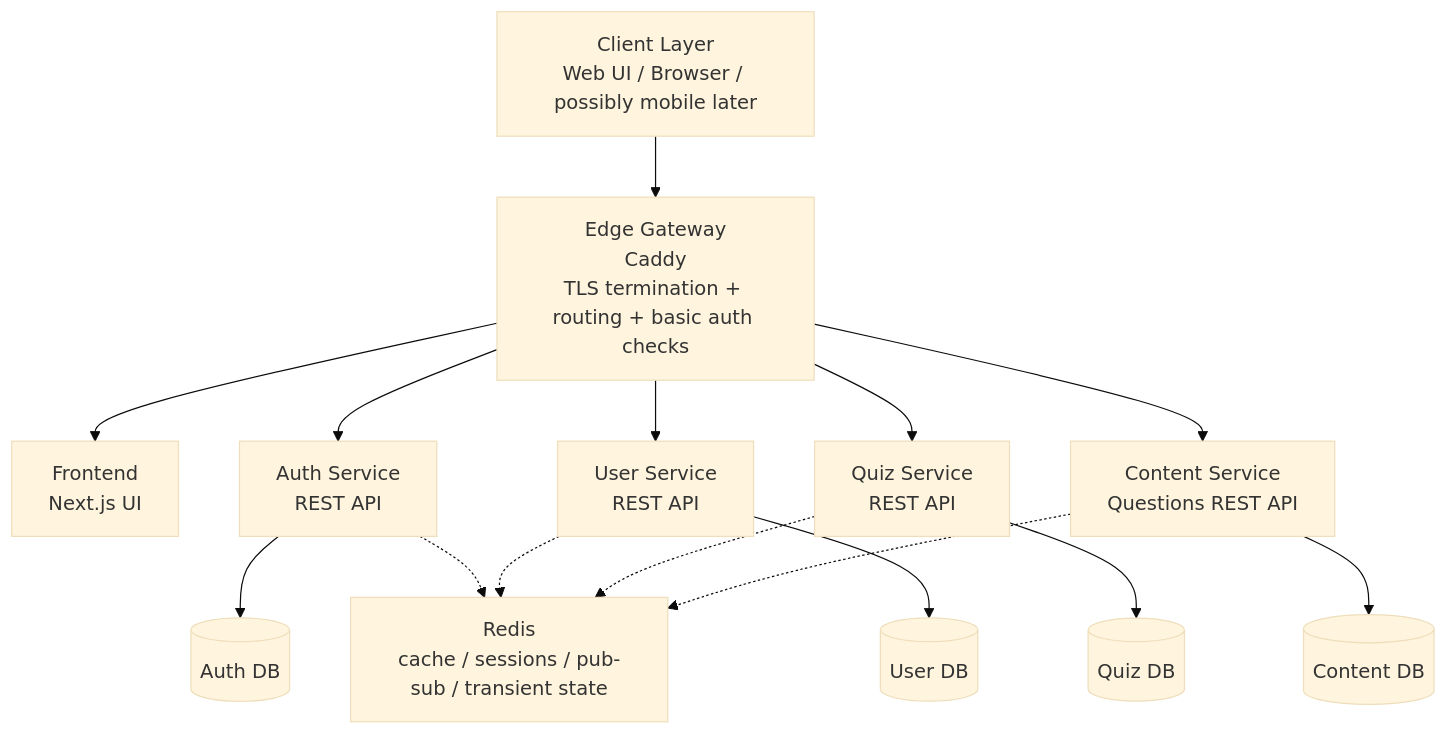
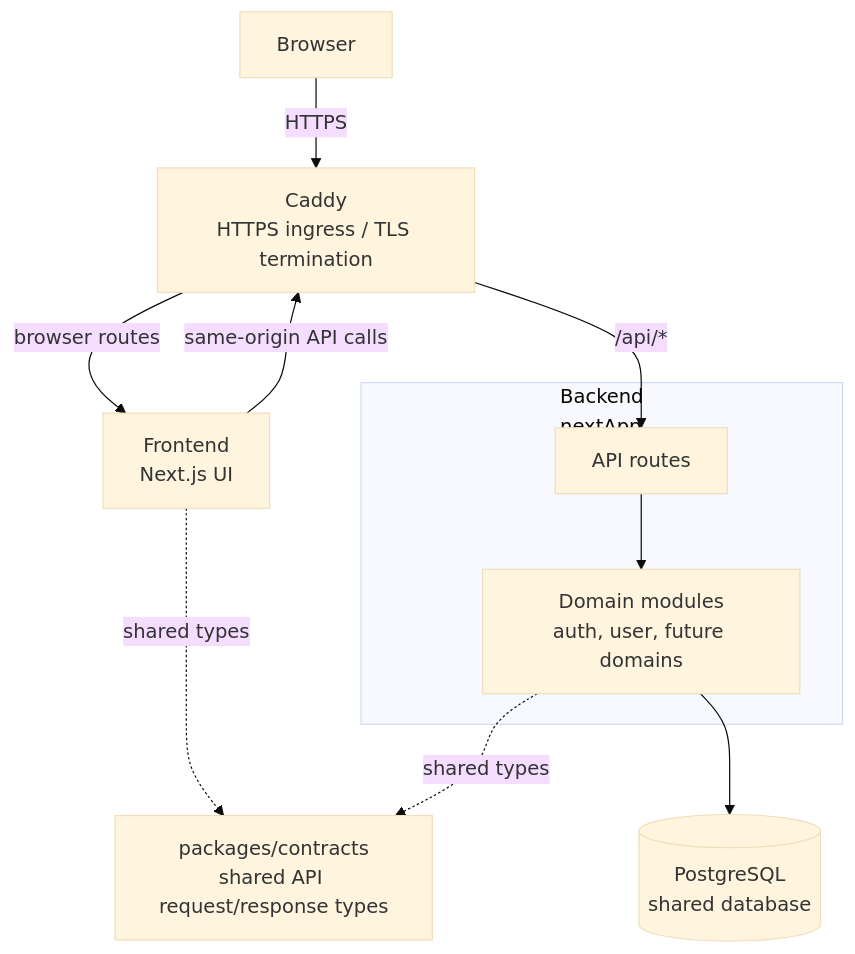
One commit to Nic-Vladimir/ft_transcendence changed the first of 2 diagrams in docs/architecture-overview.md. Above: the diagram before and after it, drawn with Mermaid (base theme). The commit also changed other lines of this file, not shown here.

````diff
--- a/docs/architecture-overview.md
+++ b/docs/architecture-overview.md
@@ -178,38 +347,24 @@
 ```mermaid
 flowchart TB
-    Client["Client Layer\nWeb UI / Browser / possibly mobile later"]
-
-    Gateway["Edge Gateway\nCaddy\nTLS termination + routing + basic auth checks"]
+    Browser[Browser]
+    Caddy["Caddy\nHTTPS ingress / TLS termination"]
 
     Frontend["Frontend\nNext.js UI"]
-    AuthSvc["Auth Service\nREST API"]
-    UserSvc["User Service\nREST API"]
-    QuizSvc["Quiz Service\nREST API"]
-    ContentSvc["Content Service\nQuestions REST API"]
 
-    AuthDB[("Auth DB")]
-    UserDB[("User DB")]
-    QuizDB[("Quiz DB")]
-    ContentDB[("Content DB")]
+    subgraph Backend["Backend\nnextApp"]
+        Api["API routes"]
+        Modules["Domain modules\nauth, user, future domains"]
+    end
 
-    Redis["Redis\ncache / sessions / pub-sub / transient state"]
+    Contracts["packages/contracts\nshared API request/response types"]
+    Postgres[("PostgreSQL\nshared database")]
 
-    Client --> Gateway
-
-    Gateway --> Frontend
-    Gateway --> AuthSvc
-    Gateway --> UserSvc
-    Gateway --> QuizSvc
-    Gateway --> ContentSvc
-
-    AuthSvc --> AuthDB
-    UserSvc --> UserDB
-    QuizSvc --> QuizDB
-    ContentSvc --> ContentDB
-
-    AuthSvc -.-> Redis
-    UserSvc -.-> Redis
-    QuizSvc -.-> Redis
-    ContentSvc -.-> Redis
-
+    Browser -->|HTTPS| Caddy
+    Caddy -->|browser routes| Frontend
+    Caddy -->|/api/*| Api
+    Api --> Modules
+    Frontend -->|same-origin API calls| Caddy
+    Frontend -.->|shared types| Contracts
+    Modules -.->|shared types| Contracts
+    Modules --> Postgres
 ```
````
